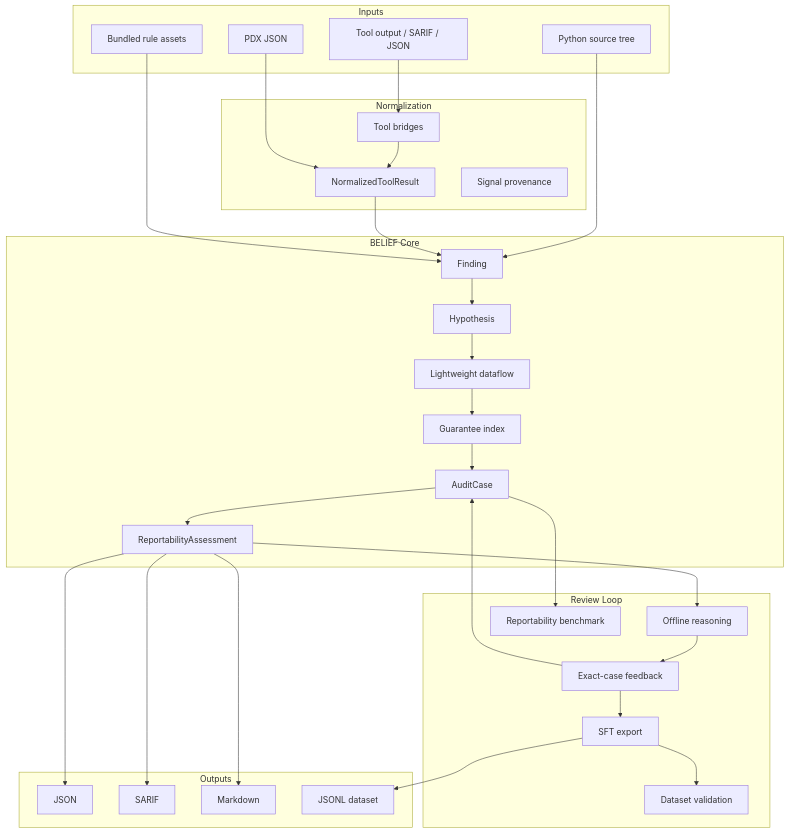
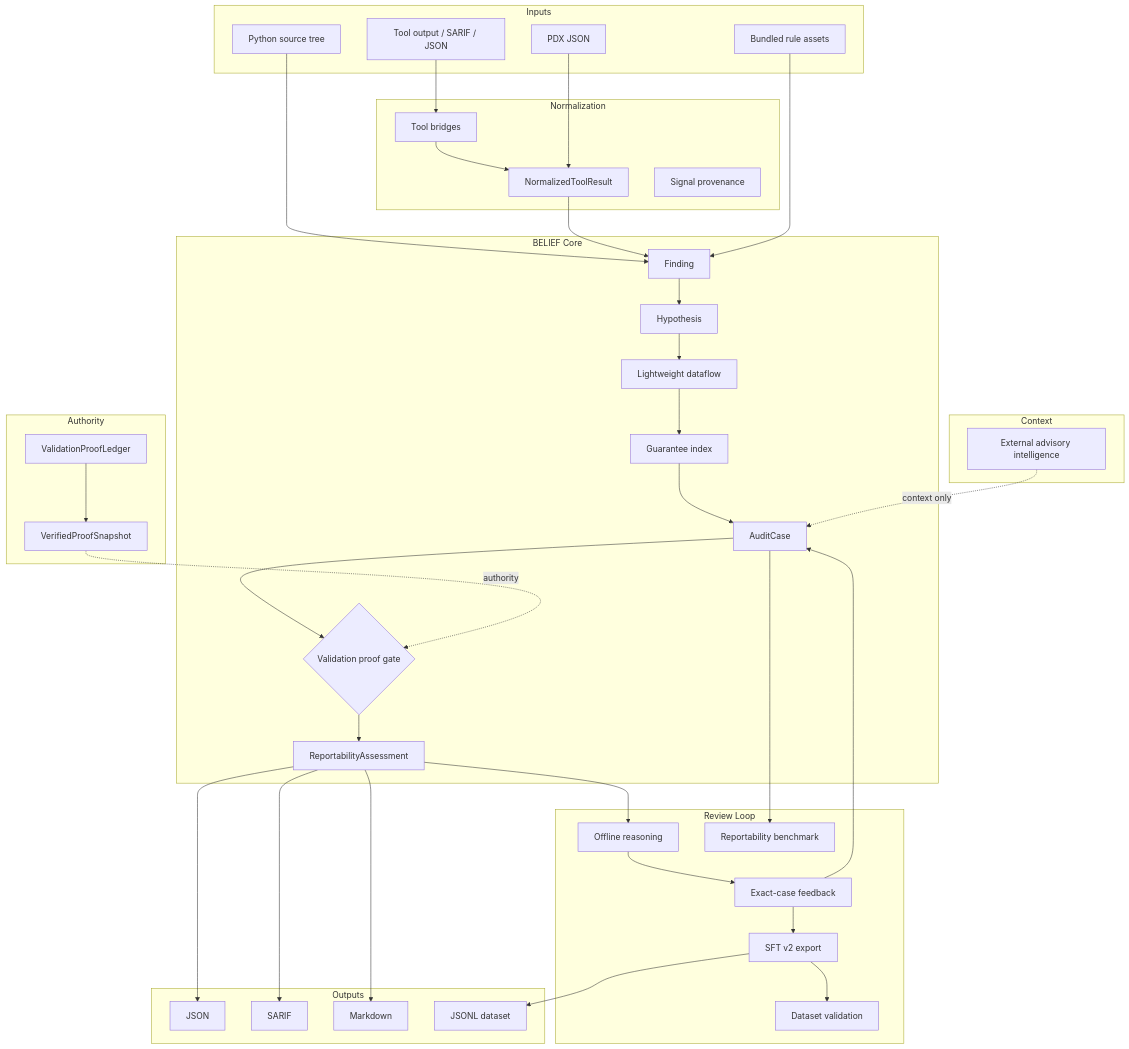
The second of 2 diagrams in README.md (grizzly2005/belief), drawn with Mermaid before and after one commit. The commit also changed other lines of this file and 6 other files, not shown here.

Commit message:
docs: document proof authority and harden offline tests

````diff
--- a/README.md
+++ b/README.md
@@ -429,52 +534,64 @@
 ```mermaid
 flowchart TB
     subgraph Inputs
         SRC[Python source tree]
         TOOL[Tool output / SARIF / JSON]
         PDX[PDX JSON]
         RULES[Bundled rule assets]
+    end
+
+    subgraph Context
+        INTEL[External advisory intelligence]
     end
 
     subgraph Normalization
         BRIDGE[Tool bridges]
         NTR[NormalizedToolResult]
         PROV[Signal provenance]
     end
 
     subgraph BELIEF Core
         FIND[Finding]
         HYP[Hypothesis]
         FLOW[Lightweight dataflow]
         GUAR[Guarantee index]
         AUDIT[AuditCase]
+        GATE{Validation proof gate}
         REPORT[ReportabilityAssessment]
+    end
+
+    subgraph Authority
+        LEDGER[ValidationProofLedger]
+        SNAP[VerifiedProofSnapshot]
     end
 
     subgraph Review Loop
         REASON[Offline reasoning]
         FEEDBACK[Exact-case feedback]
-        DATASET[SFT export]
+        DATASET[SFT v2 export]
         QUALITY[Dataset validation]
         BENCH[Reportability benchmark]
     end
 
     subgraph Outputs
         JSON[JSON]
         SARIF[SARIF]
         MD[Markdown]
         SFT[JSONL dataset]
     end
 
     SRC --> FIND
     TOOL --> BRIDGE --> NTR --> FIND
     PDX --> NTR
     RULES --> FIND
-    FIND --> HYP --> FLOW --> GUAR --> AUDIT --> REPORT
+    FIND --> HYP --> FLOW --> GUAR --> AUDIT --> GATE --> REPORT
+    LEDGER --> SNAP -. authority .-> GATE
+    INTEL -. context only .-> AUDIT
     REPORT --> REASON --> FEEDBACK --> AUDIT
     REPORT --> JSON
     REPORT --> SARIF
     REPORT --> MD
     FEEDBACK --> DATASET --> QUALITY
     AUDIT --> BENCH
     DATASET --> SFT
 ```
````
